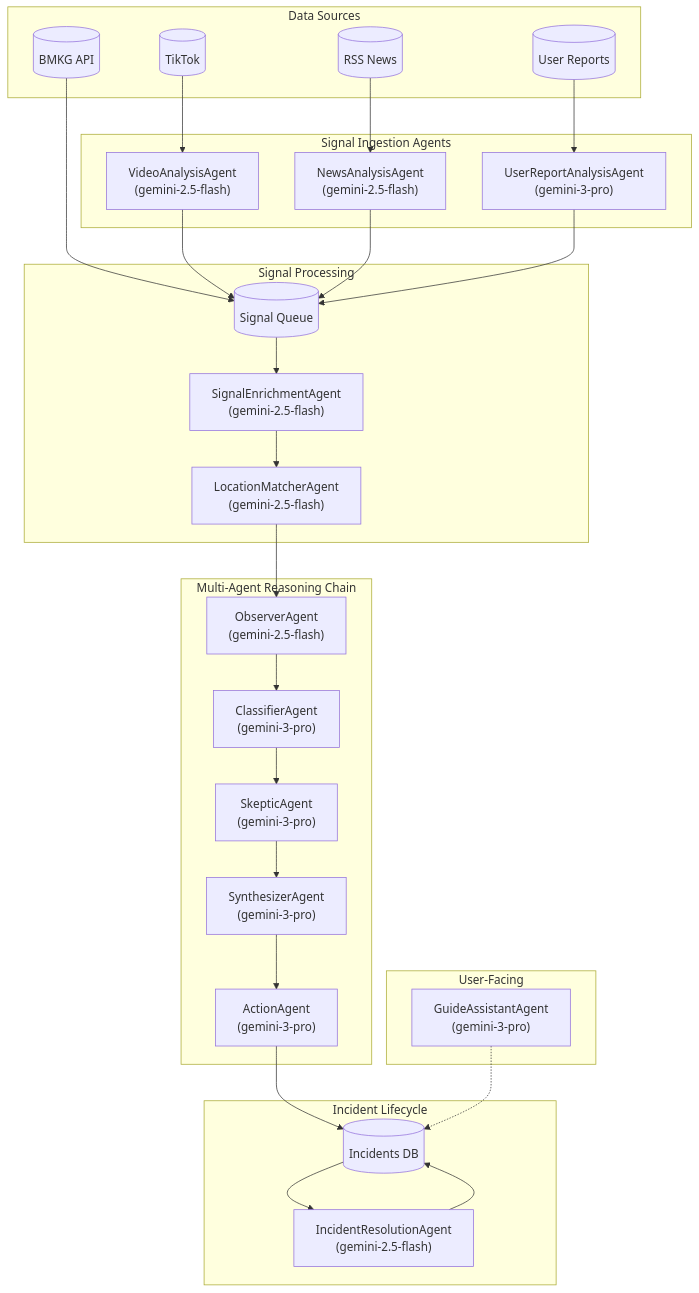
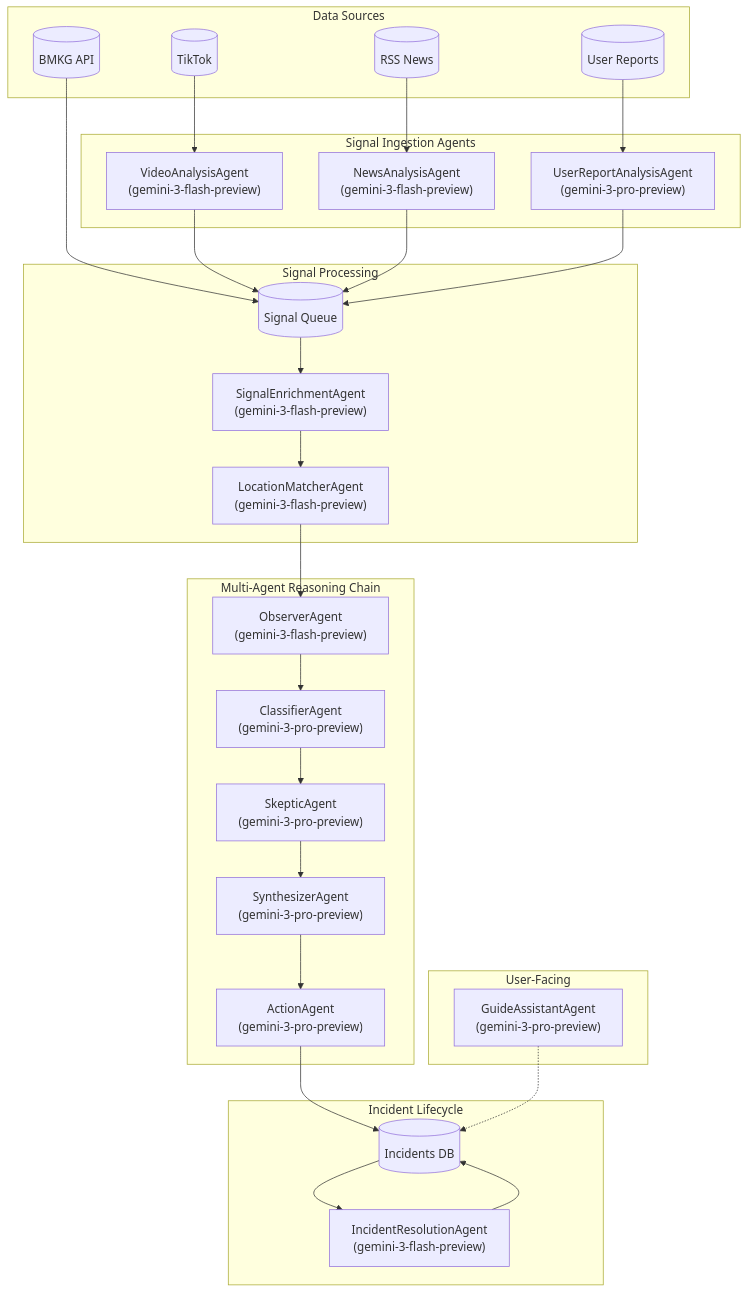
The first of 3 diagrams in README.md (denyherianto/disaster-pulse), drawn with Mermaid before and after one commit. The commit also changed other lines of this file, not shown here.

````diff
--- a/README.md
+++ b/README.md
@@ -101,61 +101,61 @@
 ```mermaid
 flowchart TB
     subgraph Sources["Data Sources"]
         TikTok[("TikTok")]
         RSS[("RSS News")]
         UserReport[("User Reports")]
         BMKG[("BMKG API")]
     end
 
     subgraph Ingestion["Signal Ingestion Agents"]
-        VA["VideoAnalysisAgent<br/>(gemini-2.5-flash)"]
-        NA["NewsAnalysisAgent<br/>(gemini-2.5-flash)"]
-        URA["UserReportAnalysisAgent<br/>(gemini-3-pro)"]
+        VA["VideoAnalysisAgent<br/>(gemini-3-flash-preview)"]
+        NA["NewsAnalysisAgent<br/>(gemini-3-flash-preview)"]
+        URA["UserReportAnalysisAgent<br/>(gemini-3-pro-preview)"]
     end
 
     subgraph Processing["Signal Processing"]
         SQ[("Signal Queue")]
-        SE["SignalEnrichmentAgent<br/>(gemini-2.5-flash)"]
-        LM["LocationMatcherAgent<br/>(gemini-2.5-flash)"]
+        SE["SignalEnrichmentAgent<br/>(gemini-3-flash-preview)"]
+        LM["LocationMatcherAgent<br/>(gemini-3-flash-preview)"]
     end
 
     subgraph Reasoning["Multi-Agent Reasoning Chain"]
-        OBS["ObserverAgent<br/>(gemini-2.5-flash)"]
-        CLS["ClassifierAgent<br/>(gemini-3-pro)"]
-        SKP["SkepticAgent<br/>(gemini-3-pro)"]
-        SYN["SynthesizerAgent<br/>(gemini-3-pro)"]
-        ACT["ActionAgent<br/>(gemini-3-pro)"]
+        OBS["ObserverAgent<br/>(gemini-3-flash-preview)"]
+        CLS["ClassifierAgent<br/>(gemini-3-pro-preview)"]
+        SKP["SkepticAgent<br/>(gemini-3-pro-preview)"]
+        SYN["SynthesizerAgent<br/>(gemini-3-pro-preview)"]
+        ACT["ActionAgent<br/>(gemini-3-pro-preview)"]
     end
 
     subgraph Lifecycle["Incident Lifecycle"]
-        IR["IncidentResolutionAgent<br/>(gemini-2.5-flash)"]
+        IR["IncidentResolutionAgent<br/>(gemini-3-flash-preview)"]
         INC[("Incidents DB")]
     end
 
     subgraph UserFacing["User-Facing"]
-        GA["GuideAssistantAgent<br/>(gemini-3-pro)"]
+        GA["GuideAssistantAgent<br/>(gemini-3-pro-preview)"]
     end
 
     TikTok --> VA
     RSS --> NA
     UserReport --> URA
     BMKG --> SQ
 
     VA --> SQ
     NA --> SQ
     URA --> SQ
 
     SQ --> SE
     SE --> LM
     LM --> OBS
     OBS --> CLS
     CLS --> SKP
     SKP --> SYN
     SYN --> ACT
     ACT --> INC
 
     INC --> IR
     IR --> INC
 
     GA -.-> INC
 ```
````
